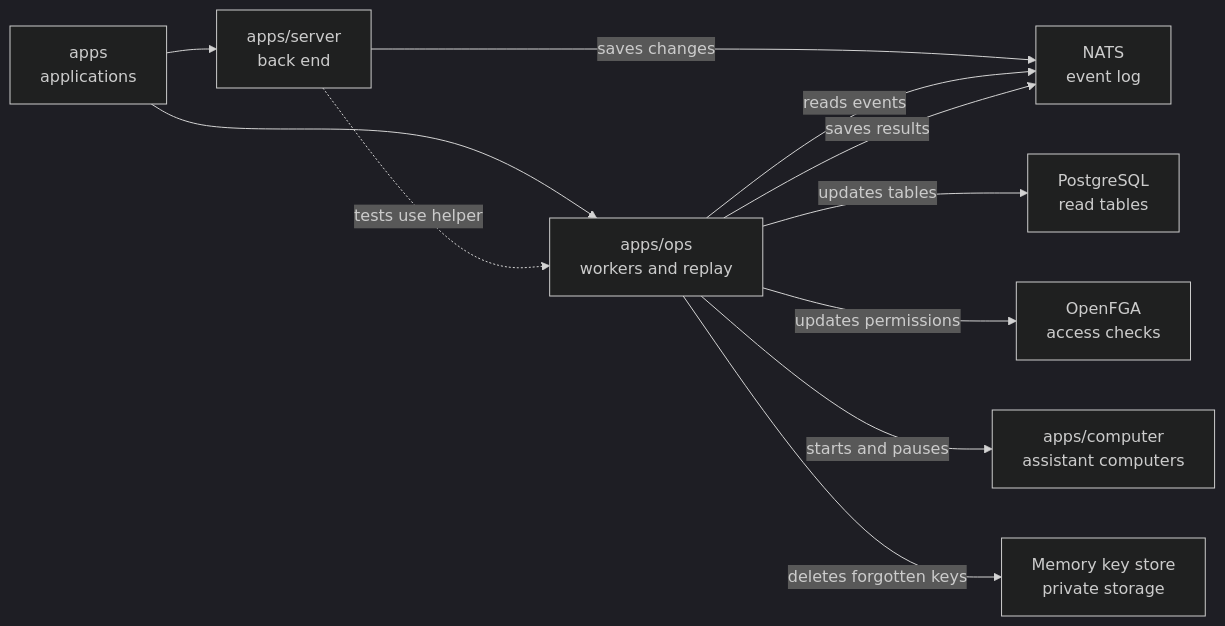
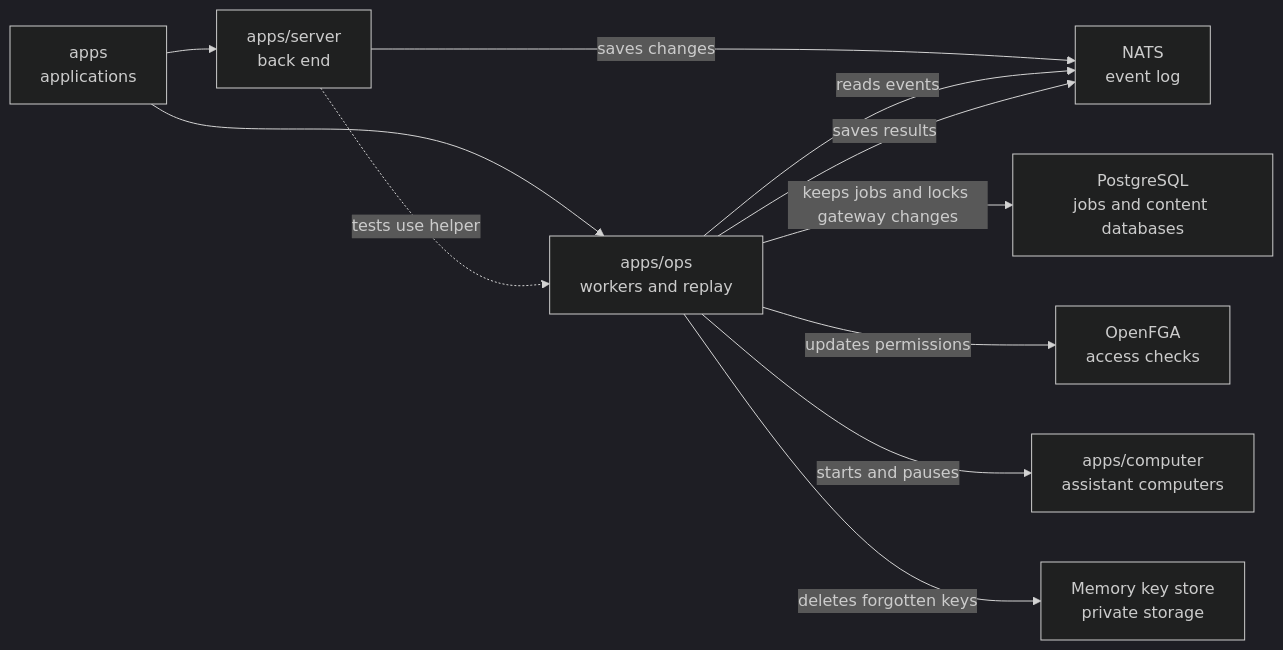
Before and after one commit to elewa-git/opencrane-new: the diagram in apps/ops/README.md, drawn with Mermaid (dark theme). The commit also changed other lines of this file and 12 other files, not shown here.

Commit message:
🔒 Share the gateway configuration lock through the content database

````diff
--- a/apps/ops/README.md
+++ b/apps/ops/README.md
@@ -17,13 +17,13 @@
 ```mermaid
 flowchart LR
   apps["apps<br/>applications"] --> ops["apps/ops<br/>workers and replay"]
   apps --> server["apps/server<br/>back end"]
   server -.->|tests use helper| ops
   server -->|saves changes| nats["NATS<br/>event log"]
   ops -->|reads events| nats
   ops -->|saves results| nats
-  ops -->|updates tables| pg["PostgreSQL<br/>read tables"]
+  ops -->|keeps jobs and locks gateway changes| pg["PostgreSQL<br/>jobs and content databases"]
   ops -->|updates permissions| fga["OpenFGA<br/>access checks"]
   ops -->|starts and pauses| computer["apps/computer<br/>assistant computers"]
   ops -->|deletes forgotten keys| keys["Memory key store<br/>private storage"]
 ```
````
